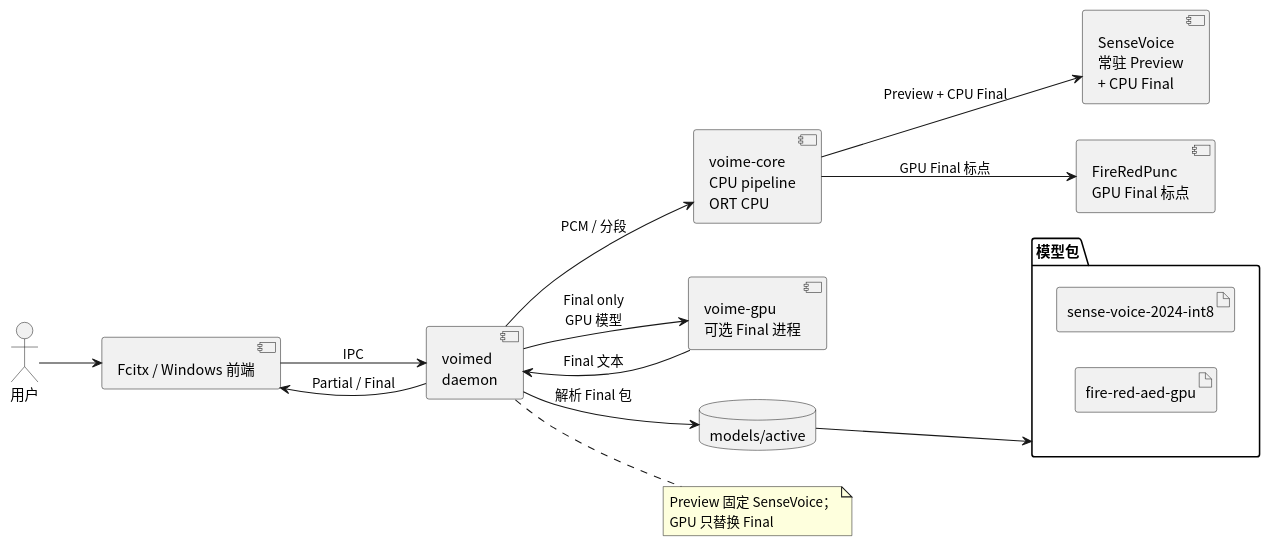
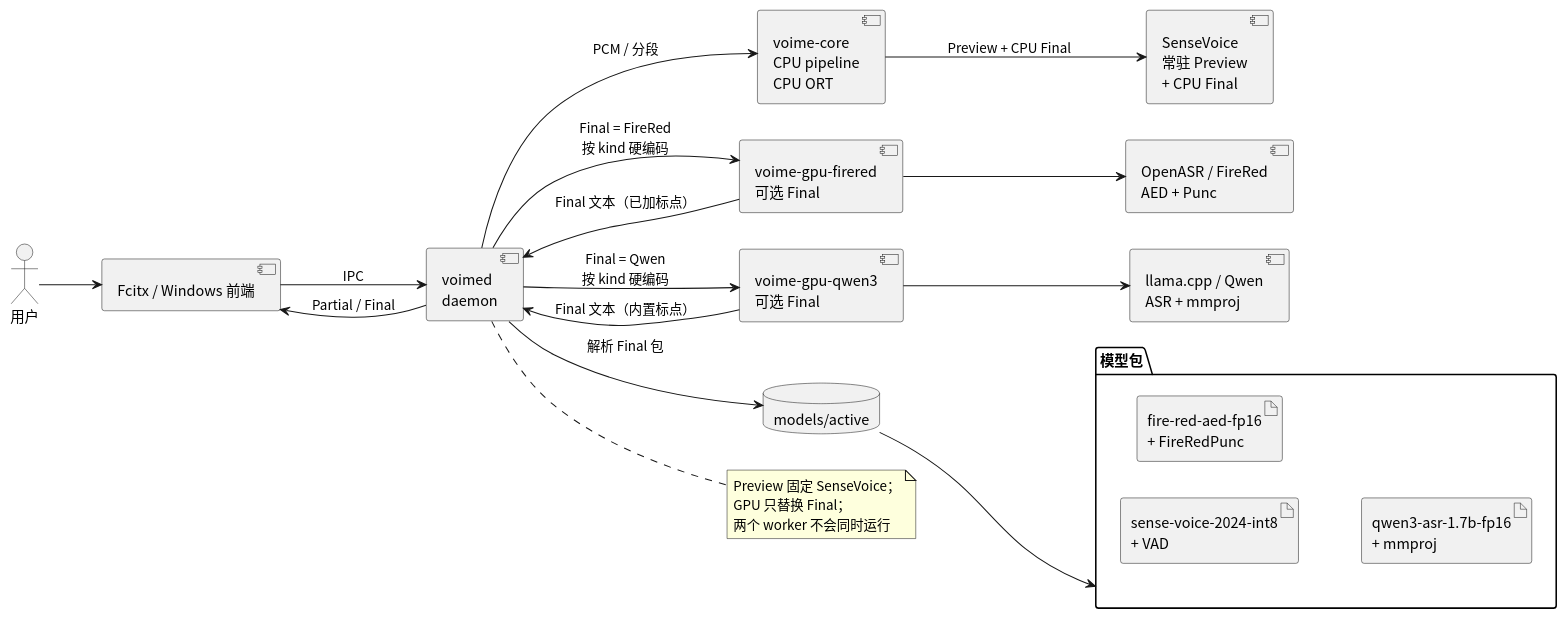
Before and after one commit to 54m43lJ/voime: the diagram in diagram/asr-v2-architecture.puml, drawn with PlantUML. The commit also changed 63 other files, not shown here.

```diff
--- a/diagram/asr-v2-architecture.puml
+++ b/diagram/asr-v2-architecture.puml
@@ -1,36 +1,43 @@
 @startuml
 skinparam defaultFontName "Noto Sans CJK SC"
 skinparam shadowing false
 left to right direction
 hide stereotype
 
 actor "用户" as User
 component "Fcitx / Windows 前端" as Frontend
 component "voimed\ndaemon" as Daemon
-component "voime-core\nCPU pipeline\nORT CPU" as Core
+component "voime-core\nCPU pipeline\nCPU ORT" as Core
 component "SenseVoice\n常驻 Preview\n+ CPU Final" as SenseVoice
-component "voime-gpu\n可选 Final 进程" as GpuWorker
-component "FireRedPunc\nGPU Final 标点" as Punc
+component "voime-gpu-firered\n可选 Final" as FireRedWorker
+component "OpenASR / FireRed\nAED + Punc" as FireRedModel
+component "voime-gpu-qwen3\n可选 Final" as QwenWorker
+component "llama.cpp / Qwen\nASR + mmproj" as QwenModel
 
 database "models/active" as Active
 folder "模型包" as Packages {
-  artifact "sense-voice-2024-int8" as SvPackage
-  artifact "fire-red-aed-gpu" as AedPackage
+  artifact "sense-voice-2024-int8\n+ VAD" as SvPackage
+  artifact "fire-red-aed-fp16\n+ FireRedPunc" as FireRedPackage
+  artifact "qwen3-asr-1.7b-fp16\n+ mmproj" as QwenPackage
 }
 
 User --> Frontend
 Frontend --> Daemon : IPC
 Daemon --> Active : 解析 Final 包
 Active --> Packages
 Daemon --> Core : PCM / 分段
 Core --> SenseVoice : Preview + CPU Final
-Core --> Punc : GPU Final 标点
-Daemon --> GpuWorker : Final only\nGPU 模型
-GpuWorker --> Daemon : Final 文本
+Daemon --> FireRedWorker : Final = FireRed\n按 kind 硬编码
+Daemon --> QwenWorker : Final = Qwen\n按 kind 硬编码
+FireRedWorker --> FireRedModel
+QwenWorker --> QwenModel
+FireRedWorker --> Daemon : Final 文本（已加标点）
+QwenWorker --> Daemon : Final 文本（内置标点）
 Daemon --> Frontend : Partial / Final
 
 note right of Daemon
   Preview 固定 SenseVoice；
-  GPU 只替换 Final
+  GPU 只替换 Final；
+  两个 worker 不会同时运行
 end note
 @enduml
```
